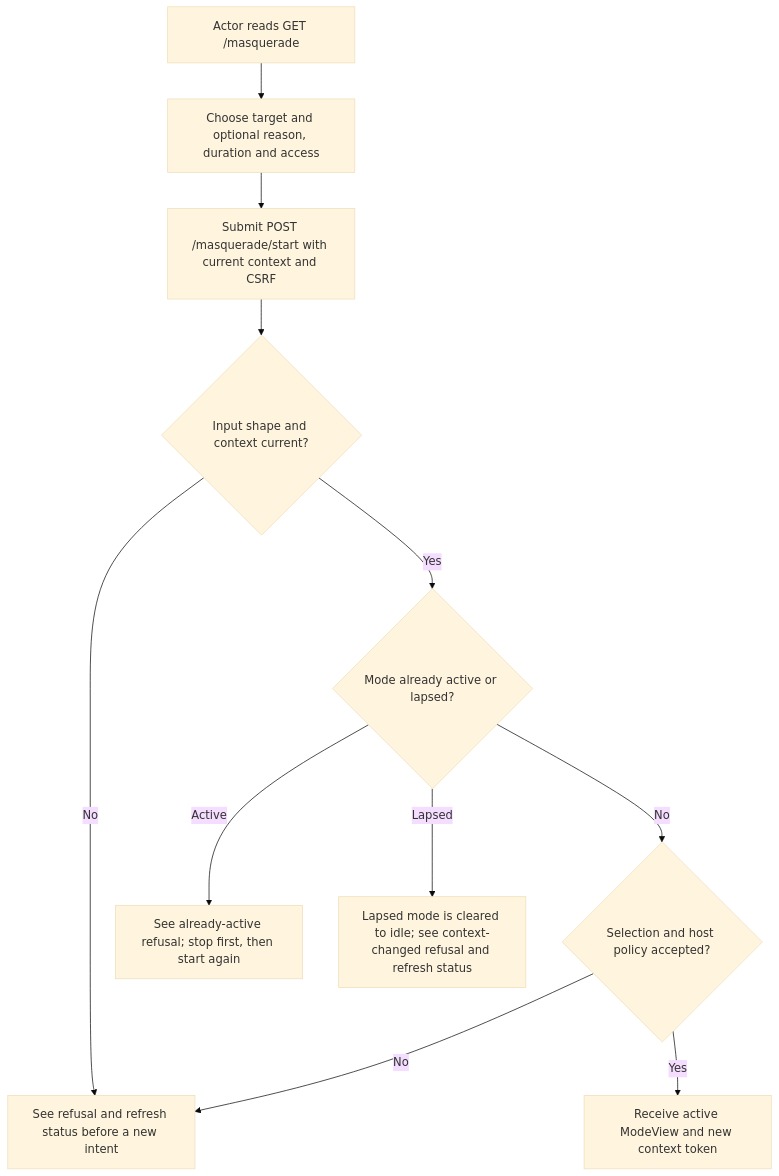
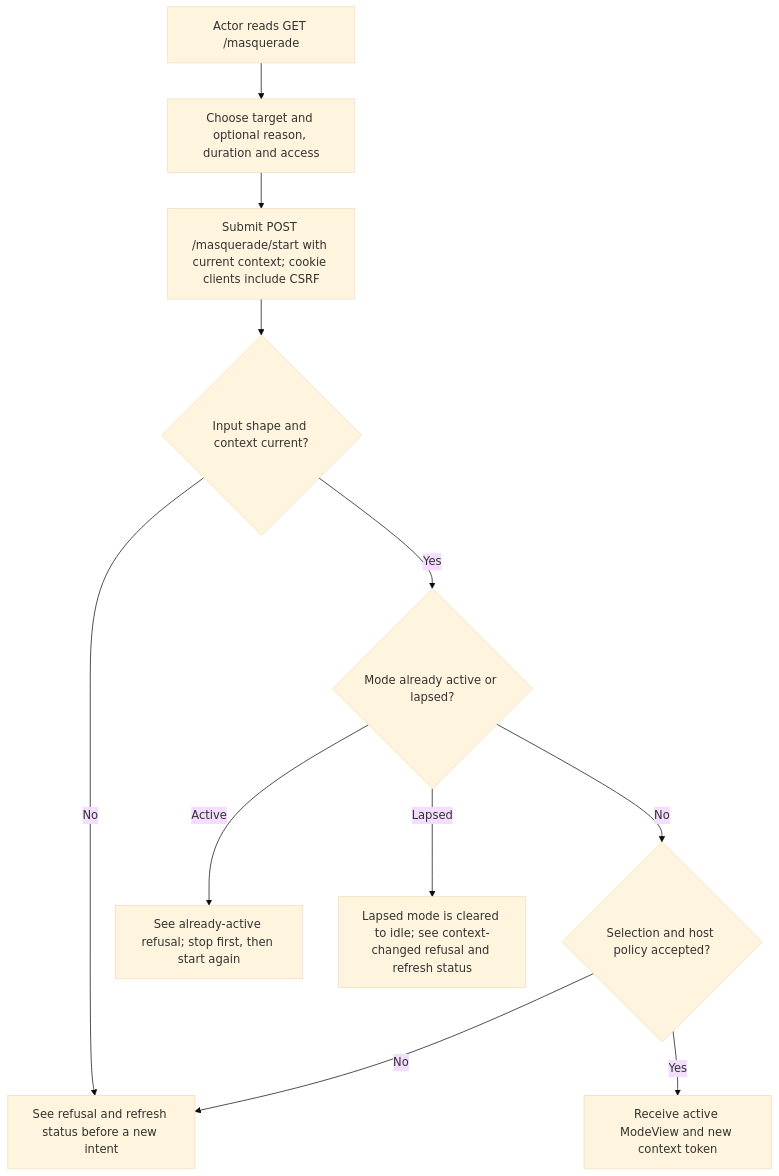
One commit to Kevinjohn/oss-adonisjs-masquerade changed the first of 2 diagrams in user-stories/start-stop-mode/us-actor-01-start-stop-mode.md. Above: the diagram before and after it, drawn with Mermaid (base theme). The commit also changed other lines of this file and 14 other files, not shown here.

````diff
--- a/user-stories/start-stop-mode/us-actor-01-start-stop-mode.md
+++ b/user-stories/start-stop-mode/us-actor-01-start-stop-mode.md
@@ -38,13 +39,13 @@
 ```mermaid
 flowchart TD
     A["Actor reads GET /masquerade"] --> B["Choose target and optional reason, duration and access"]
-    B --> C["Submit POST /masquerade/start with current context and CSRF"]
+    B --> C["Submit POST /masquerade/start with current context; cookie clients include CSRF"]
     C --> V{"Input shape and context current?"}
     V -->|No| E["See refusal and refresh status before a new intent"]
     V -->|Yes| D{"Mode already active or lapsed?"}
     D -->|Active| E2["See already-active refusal; stop first, then start again"]
     D -->|Lapsed| E3["Lapsed mode is cleared to idle; see context-changed refusal and refresh status"]
     D -->|No| D2{"Selection and host policy accepted?"}
     D2 -->|No| E
     D2 -->|Yes| F["Receive active ModeView and new context token"]
 ```
````
